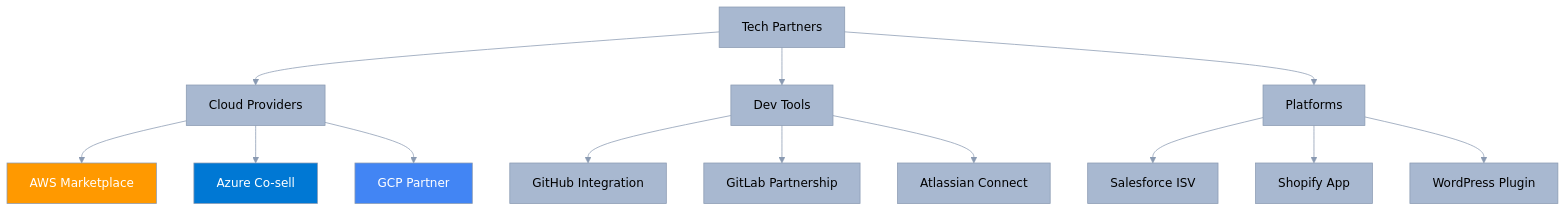
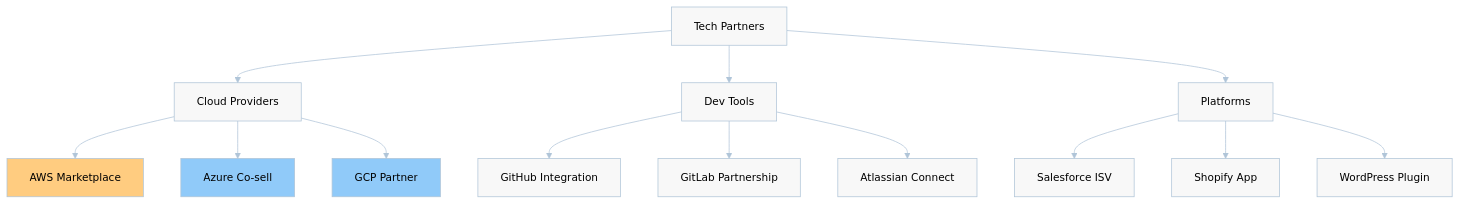
The seventh of 18 diagrams in business-documents/competitive-positioning/06-go-to-market-positioning.md (o2alexanderfedin/AI-Hive-Business-Docs), drawn with Mermaid before and after one commit. The commit also changed other lines of this file, not shown here.

First line of the commit message:
Update go-to-market positioning diagrams to lighter color scheme

````diff
--- a/business-documents/competitive-positioning/06-go-to-market-positioning.md
+++ b/business-documents/competitive-positioning/06-go-to-market-positioning.md
@@ -391,34 +427,40 @@
 ```mermaid
 %%{init: {
   'theme': 'base',
   'themeVariables': {
-    'primaryColor': '#A8B8D0',
+    'primaryColor': '#E0E8F0',
     'primaryTextColor': '#000000',
-    'primaryBorderColor': '#8A9AB2',
-    'lineColor': '#8A9AB2',
-    'secondaryColor': '#5DBCB6',
-    'tertiaryColor': '#84D4F5',
-    'background': '#F5F5F5'
+    'primaryBorderColor': '#B0C5D8',
+    'lineColor': '#B0C5D8',
+    'secondaryColor': '#D5E8E0',
+    'tertiaryColor': '#E0F0F8',
+    'background': '#FFFFFF',
+    'mainBkg': '#F8F8F8',
+    'secondBkg': '#F0F0F0',
+    'darkMode': false,
+    'fontFamily': 'Arial, sans-serif',
+    'fontSize': '14px',
+    'textColor': '#000000'
   }
 }}%%
 graph TD
     A[Tech Partners] --> B[Cloud Providers]
     A --> C[Dev Tools]
     A --> D[Platforms]
 
     B --> B1[AWS Marketplace]
     B --> B2[Azure Co-sell]
     B --> B3[GCP Partner]
 
     C --> C1[GitHub Integration]
     C --> C2[GitLab Partnership]
     C --> C3[Atlassian Connect]
 
     D --> D1[Salesforce ISV]
     D --> D2[Shopify App]
     D --> D3[WordPress Plugin]
 
-    style B1 fill:#FF9900,color:#fff
-    style B2 fill:#0078D4,color:#fff
-    style B3 fill:#4285F4,color:#fff
+    style B1 fill:#FFCC80,color:#000000
+    style B2 fill:#90CAF9,color:#000000
+    style B3 fill:#90CAF9,color:#000000
 ```
````
